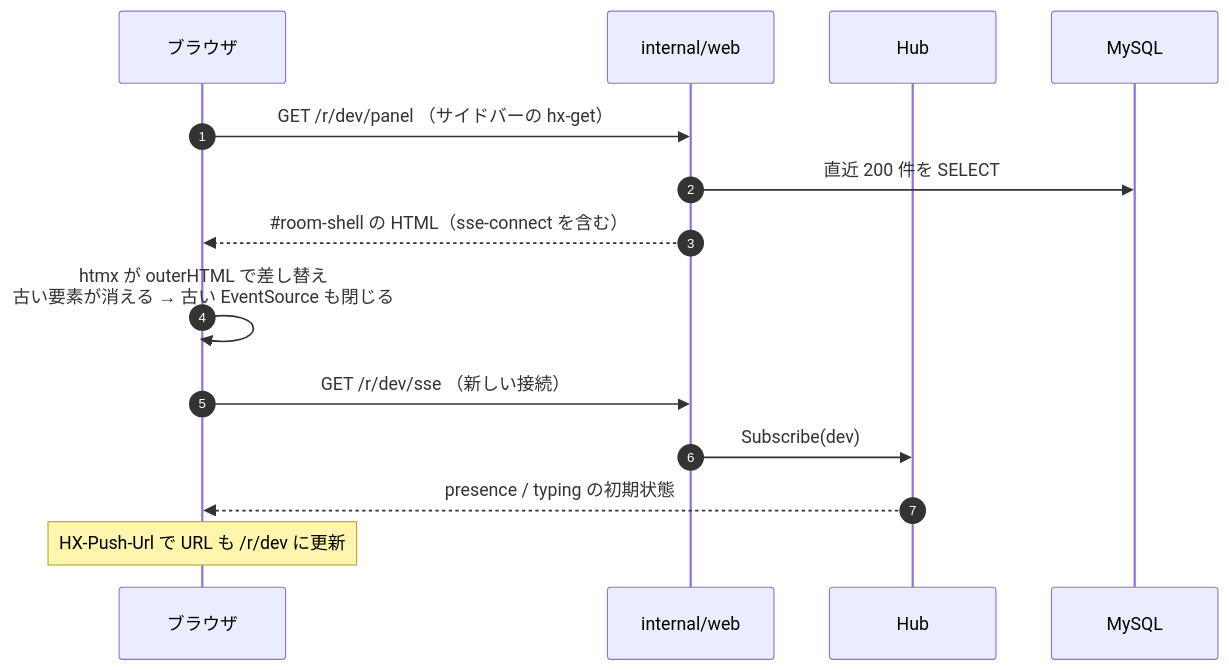
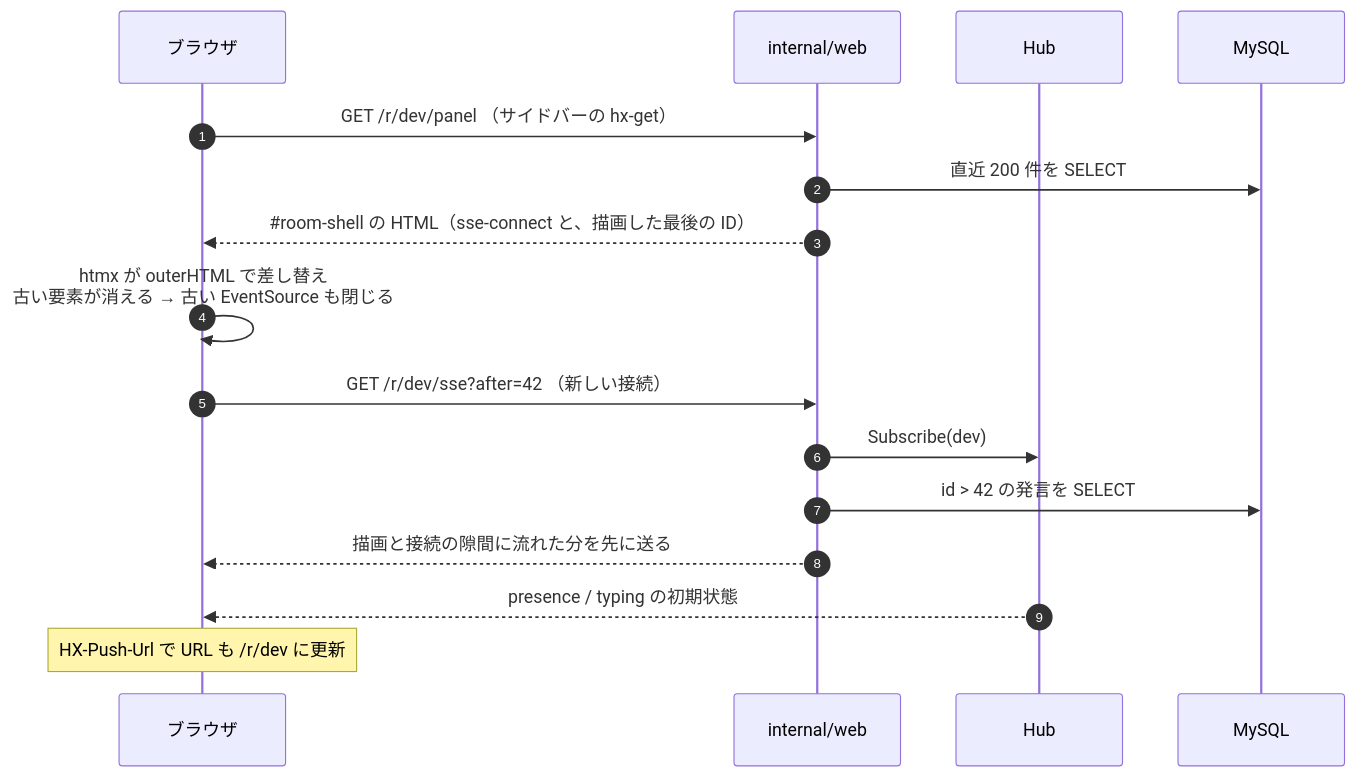
One commit to kaz-1982/hap-chat changed the fourth of 5 diagrams in docs/architecture.md. Above: the diagram before and after it, drawn with Mermaid. The commit also changed other lines of this file, not shown here.

First line of the commit message:
docs: SSE の取りこぼし対策を設計ノートに反映 (#6)

````diff
--- a/docs/architecture.md
+++ b/docs/architecture.md
@@ -124,17 +127,19 @@
 ```mermaid
 sequenceDiagram
   autonumber
   participant U as ブラウザ
   participant W as internal/web
   participant H as Hub
   participant DB as MySQL
 
   U->>W: GET /r/dev/panel （サイドバーの hx-get）
   W->>DB: 直近 200 件を SELECT
-  W-->>U: #35;room-shell の HTML（sse-connect を含む）
+  W-->>U: #35;room-shell の HTML（sse-connect と、描画した最後の ID）
   U->>U: htmx が outerHTML で差し替え<br/>古い要素が消える → 古い EventSource も閉じる
-  U->>W: GET /r/dev/sse （新しい接続）
+  U->>W: GET /r/dev/sse?after=42 （新しい接続）
   W->>H: Subscribe(dev)
+  W->>DB: id > 42 の発言を SELECT
+  W-->>U: 描画と接続の隙間に流れた分を先に送る
   H-->>U: presence / typing の初期状態
   Note over U: HX-Push-Url で URL も /r/dev に更新
 ```
````
